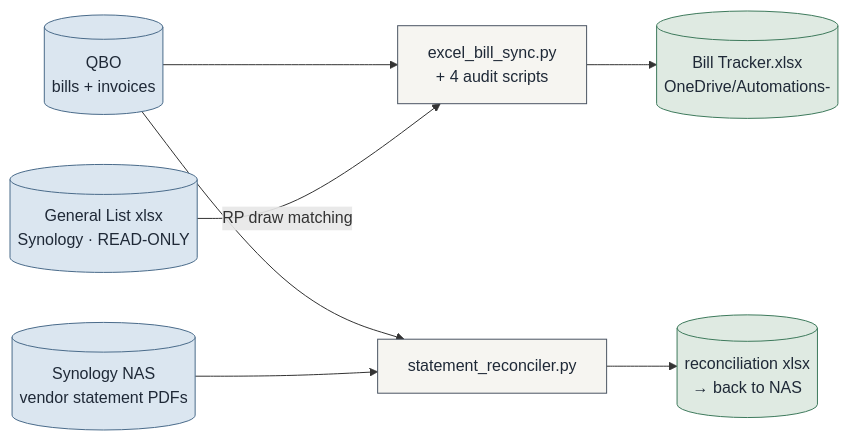
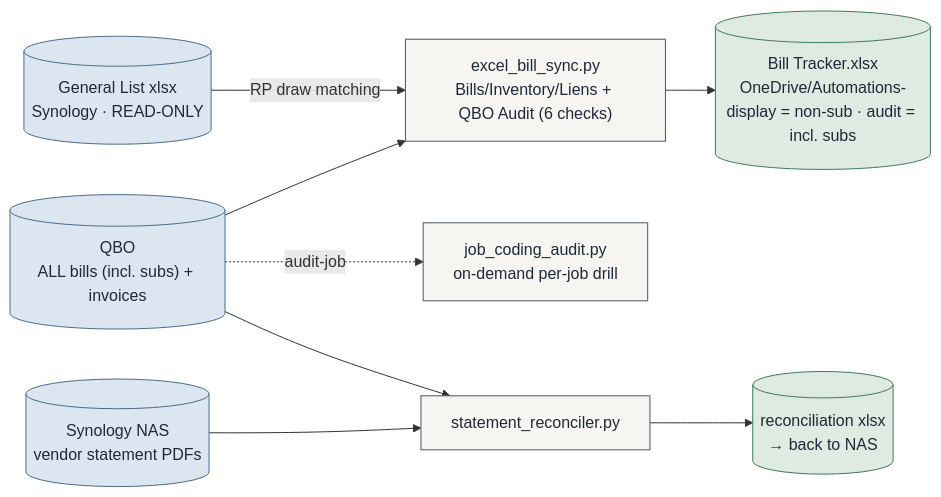
One commit to Ecarlo-Proficient/Claude-Report changed the second of 5 diagrams in docs/ARCHITECTURE.md. Above: the diagram before and after it, drawn with Mermaid. The commit also changed other lines of this file and 10 other files, not shown here.

````diff
--- a/docs/ARCHITECTURE.md
+++ b/docs/ARCHITECTURE.md
@@ -123,19 +124,21 @@
 ```mermaid
 flowchart LR
     classDef src fill:#dbe6f0,stroke:#4A6B8A,color:#1f2937
     classDef tool fill:#f6f5f1,stroke:#4b5563,color:#1f2937
     classDef out fill:#dfeae2,stroke:#3E7A5C,color:#1f2937
 
-    QBO[("QBO\nbills + invoices")]:::src
+    QBO[("QBO\nALL bills (incl. subs) + invoices")]:::src
     NAS[("Synology NAS\nvendor statement PDFs")]:::src
     GL[("General List xlsx\nSynology · READ-ONLY")]:::src
-    BT["excel_bill_sync.py\n+ 4 audit scripts"]:::tool
+    BT["excel_bill_sync.py\nBills/Inventory/Liens + QBO Audit (6 checks)"]:::tool
+    JCA["job_coding_audit.py\non-demand per-job drill"]:::tool
     SR["statement_reconciler.py"]:::tool
-    BX[("Bill Tracker.xlsx\nOneDrive/Automations-")]:::out
+    BX[("Bill Tracker.xlsx\nOneDrive/Automations-\ndisplay = non-sub · audit = incl. subs")]:::out
     RX[("reconciliation xlsx\n→ back to NAS")]:::out
 
     QBO --> BT --> BX
+    QBO -. "audit-job" .-> JCA
     GL -- "RP draw matching" --> BT
     QBO --> SR
     NAS --> SR --> RX
 ```
````
